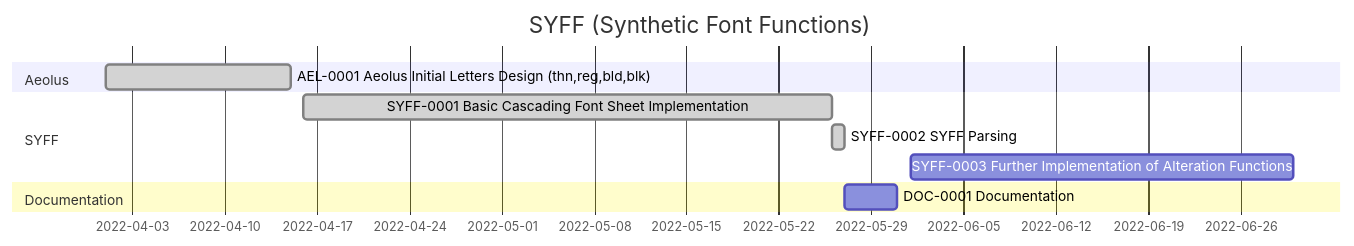
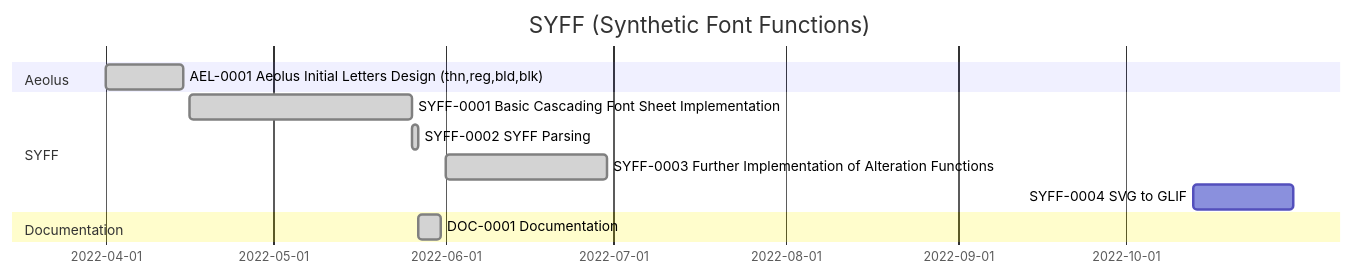
One commit to VivaRado/SYFF changed the diagram in README.md. Above: the diagram before and after it, drawn with Mermaid. The commit also changed other lines of this file and 12 other files, not shown here.

````diff
--- a/README.md
+++ b/README.md
@@ -983,15 +983,16 @@
 ```mermaid
 gantt
     title SYFF (Synthetic Font Functions)
     dateFormat  YYYY-MM-DD
     section Aeolus
     AEL-0001 Aeolus Initial Letters Design (thn,reg,bld,blk):           done, des1,  2022-04-01, 2022-04-15
     section SYFF
     SYFF-0001 Basic Cascading Font Sheet Implementation:                done, des2,  2022-04-16, 2022-05-26
     SYFF-0002 SYFF Parsing:                                             done, des3,  2022-05-26, 2022-05-27
-    SYFF-0003 Further Implementation of Alteration Functions:                 des5,  2022-06-01, 2022-06-30
+    SYFF-0003 Further Implementation of Alteration Functions:           done, des5,  2022-06-01, 2022-06-30
+    SYFF-0004 SVG to GLIF:                                                    des6,  2022-10-13, 2022-10-31
     section Documentation
-    DOC-0001 Documentation:                                                   des4,  2022-05-27, 2022-05-31
+    DOC-0001 Documentation:                                             done, des4,  2022-05-27, 2022-05-31
 
 
 ```
````
